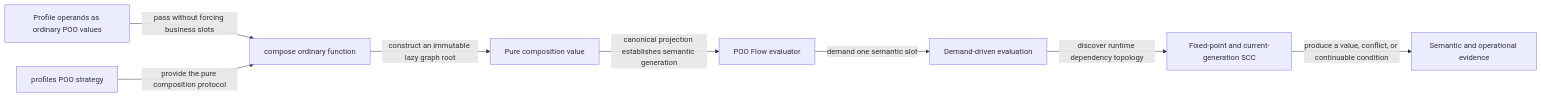
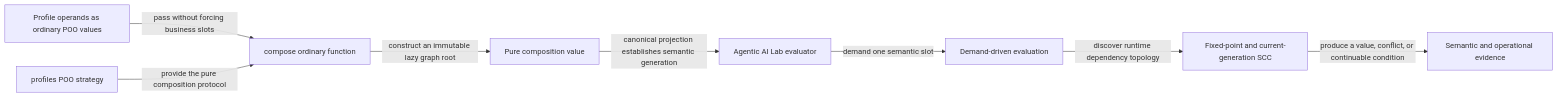
The second of 3 diagrams in module-system/design/45-48-compose-function-profiles-strategy-and-lazy-evaluator-boundary.org (tao3k/gebril-yuanxu), drawn with Mermaid before and after one commit. The commit also changed other lines of this file and 507 other files, not shown here.

```diff
--- a/module-system/design/45-48-compose-function-profiles-strategy-and-lazy-evaluator-boundary.org
+++ b/module-system/design/45-48-compose-function-profiles-strategy-and-lazy-evaluator-boundary.org
@@ -165,10 +165,10 @@
 #+begin_src mermaid
 flowchart LR
     O["Profile operands as ordinary POO values"] -->|"pass without forcing business slots"| C["compose ordinary function"]
     S["profiles POO strategy"] -->|"provide the pure composition protocol"| C
     C -->|"construct an immutable lazy graph root"| V["Pure composition value"]
-    V -->|"canonical projection establishes semantic generation"| G["POO Flow evaluator"]
+    V -->|"canonical projection establishes semantic generation"| G["Agentic AI Lab evaluator"]
     G -->|"demand one semantic slot"| D["Demand-driven evaluation"]
     D -->|"discover runtime dependency topology"| F["Fixed-point and current-generation SCC"]
     F -->|"produce a value, conflict, or continuable condition"| E["Semantic and operational evidence"]
 #+end_src
```
